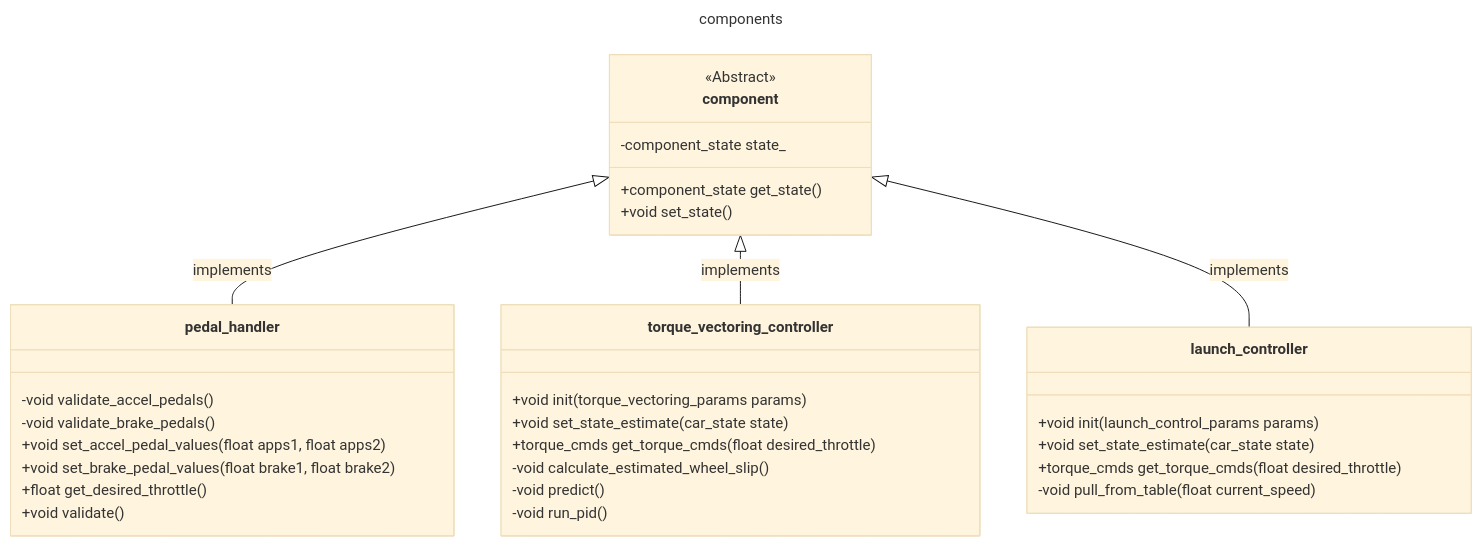
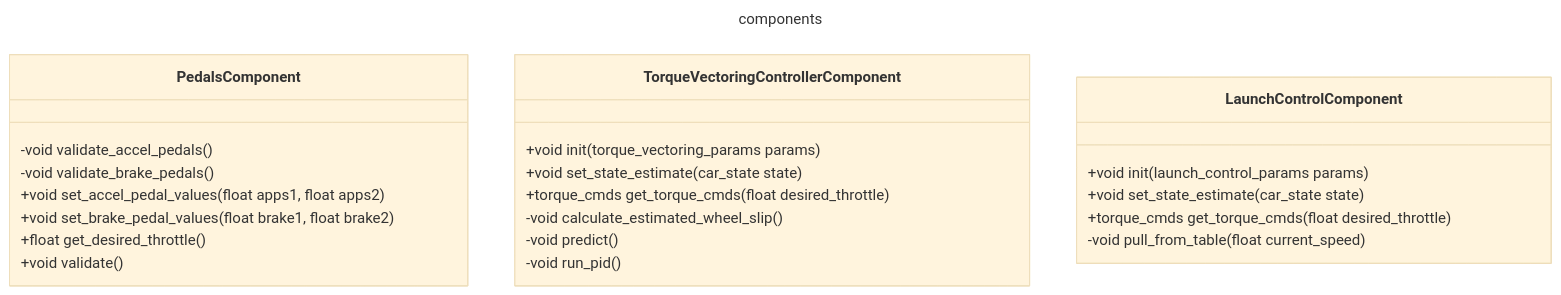
One commit to hytech-racing/MCU changed the second of 3 diagrams in README.md. Above: the diagram before and after it, drawn with Mermaid (base theme). The commit also changed other lines of this file, not shown here.

````diff
--- a/README.md
+++ b/README.md
@@ -101,42 +96,34 @@
 ```mermaid
 ---
 title: components
 ---
 classDiagram
-    class component{
-        <<Abstract>>
-        -component_state state_
-        +component_state get_state()
-        +void set_state()
-    }
-    class pedal_handler{
+    class PedalsComponent{
         -void validate_accel_pedals()
         -void validate_brake_pedals()
 
         +void set_accel_pedal_values(float apps1, float apps2)
         +void set_brake_pedal_values(float brake1, float brake2)
         +float get_desired_throttle()
         +void validate()
     } 
-    class torque_vectoring_controller {
+    class TorqueVectoringControllerComponent{
         
         +void init(torque_vectoring_params params)
         +void set_state_estimate(car_state state)
         +torque_cmds get_torque_cmds(float desired_throttle)
         -void calculate_estimated_wheel_slip()
         -void predict()
         -void run_pid()
     }
     
-    class launch_controller {
+    class LaunchControlComponent{
         
         +void init(launch_control_params params)
         +void set_state_estimate(car_state state)
         +torque_cmds get_torque_cmds(float desired_throttle)
         -void pull_from_table(float current_speed)
     }
-    component <|-- pedal_handler : implements
-    component <|-- torque_vectoring_controller : implements
-    component <|-- launch_controller : implements
+    
     
 ```
````
